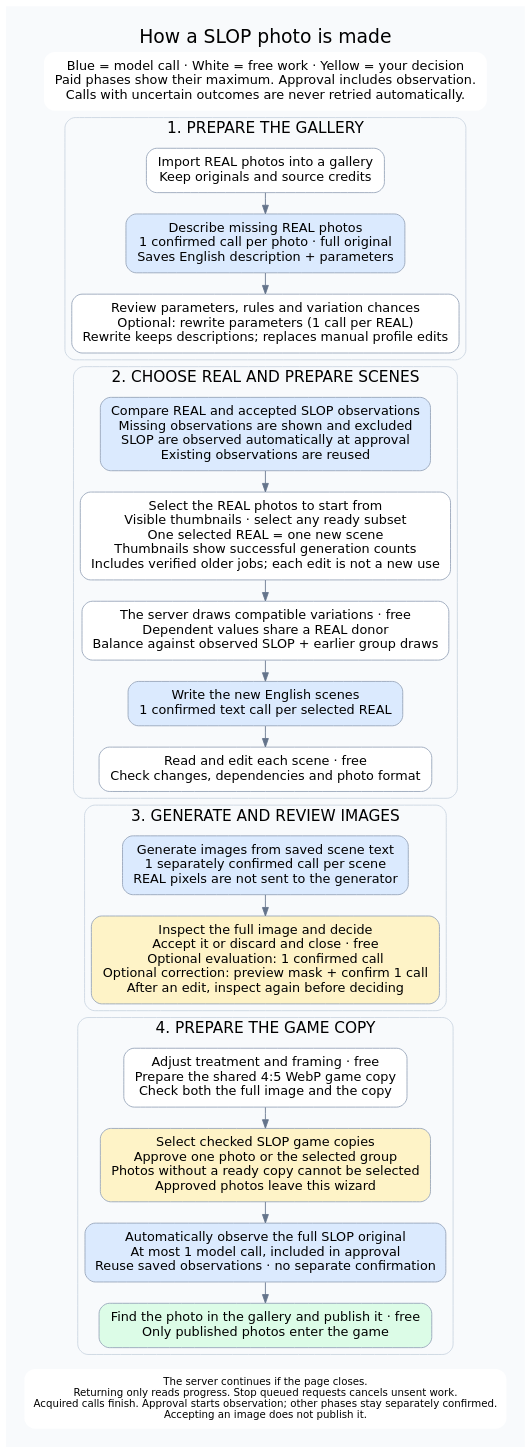
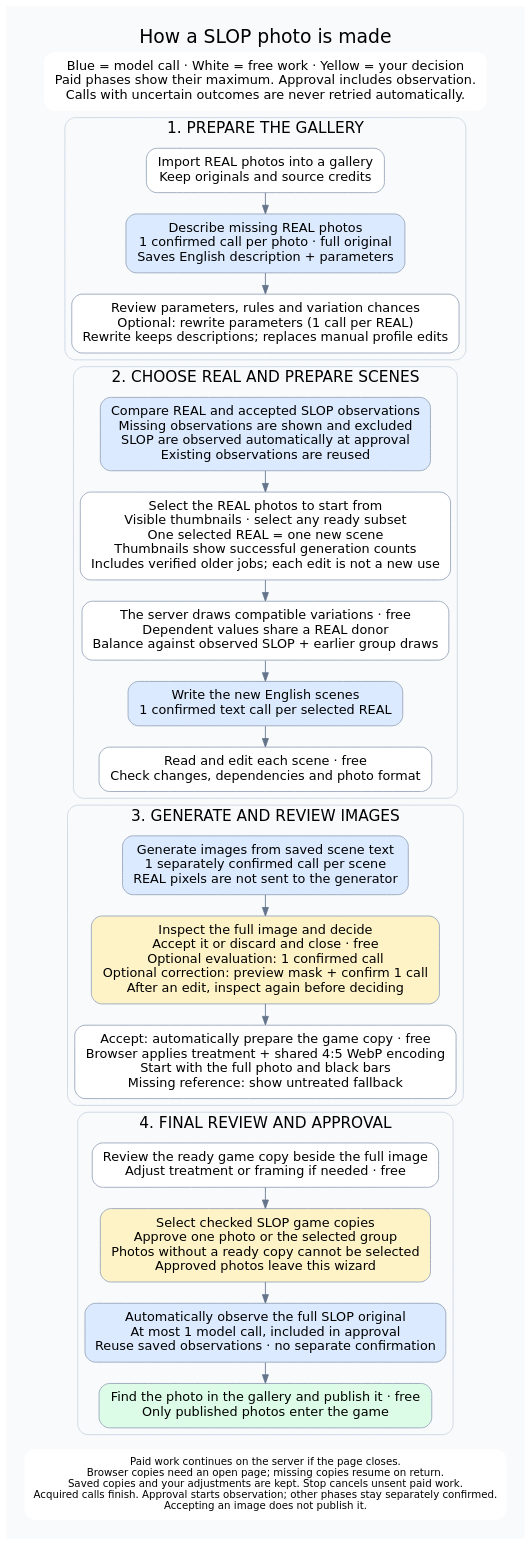
One commit to rickymusu-bit/real-or-slop changed the diagram in docs/assets/pipeline-slop.dot. Above: the diagram before and after it, drawn with Graphviz. The commit also changed 21 other files, not shown here.

Commit message:
Prepare treated game copies when accepting SLOP

```diff
--- a/docs/assets/pipeline-slop.dot
+++ b/docs/assets/pipeline-slop.dot
@@ -1,39 +1,40 @@
 digraph pipeline {
  graph [rankdir=TB,bgcolor="#f8fafc",pad="0.3",nodesep="0.3",ranksep="0.35",fontname="DejaVu Sans",fontsize=22,label="How a SLOP photo is made",labelloc=t,compound=true];
  node [shape=box,style="rounded,filled",fillcolor=white,color="#94a3b8",fontname="DejaVu Sans",fontsize=15,margin="0.18,0.12"];
  edge [color="#64748b",fontname="DejaVu Sans",fontsize=12];
  legend [shape=plaintext,label="Blue = model call · White = free work · Yellow = your decision\nPaid phases show their maximum. Approval includes observation.\nCalls with uncertain outcomes are never retried automatically."];
  subgraph cluster_prepare {
   label="1. PREPARE THE GALLERY"; color="#cbd5e1"; style=rounded; fontsize=18;
   real [label="Import REAL photos into a gallery\nKeep originals and source credits"];
   describe [label="Describe missing REAL photos\n1 confirmed call per photo · full original\nSaves English description + parameters",fillcolor="#dbeafe"];
   settings [label="Review parameters, rules and variation chances\nOptional: rewrite parameters (1 call per REAL)\nRewrite keeps descriptions; replaces manual profile edits"];
   real -> describe -> settings;
  }
  subgraph cluster_choose {
   label="2. CHOOSE REAL AND PREPARE SCENES";color="#cbd5e1";style=rounded;fontsize=18;
   choose [label="Select the REAL photos to start from\nVisible thumbnails · select any ready subset\nOne selected REAL = one new scene\nThumbnails show successful generation counts\nIncludes verified older jobs; each edit is not a new use"];
   coverage [label="Compare REAL and accepted SLOP observations\nMissing observations are shown and excluded\nSLOP are observed automatically at approval\nExisting observations are reused",fillcolor="#dbeafe"];
   draw [label="The server draws compatible variations · free\nDependent values share a REAL donor\nBalance against observed SLOP + earlier group draws"];
   scene [label="Write the new English scenes\n1 confirmed text call per selected REAL",fillcolor="#dbeafe"];
   review [label="Read and edit each scene · free\nCheck changes, dependencies and photo format"];
   coverage -> choose -> draw -> scene -> review;
  }
  subgraph cluster_images {
   label="3. GENERATE AND REVIEW IMAGES";color="#cbd5e1";style=rounded;fontsize=18;
   generate [label="Generate images from saved scene text\n1 separately confirmed call per scene\nREAL pixels are not sent to the generator",fillcolor="#dbeafe"];
   inspect [label="Inspect the full image and decide\nAccept it or discard and close · free\nOptional evaluation: 1 confirmed call\nOptional correction: preview mask + confirm 1 call\nAfter an edit, inspect again before deciding",fillcolor="#fef3c7"];
-  generate -> inspect;
+  copy [label="Accept: automatically prepare the game copy · free\nBrowser applies treatment + shared 4:5 WebP encoding\nStart with the full photo and black bars\nMissing reference: show untreated fallback"] ;
+  generate -> inspect -> copy;
 
  }
  subgraph cluster_finish {
-  label="4. PREPARE THE GAME COPY";color="#cbd5e1";style=rounded;fontsize=18;
-  copy [label="Adjust treatment and framing · free\nPrepare the shared 4:5 WebP game copy\nCheck both the full image and the copy"];
+  label="4. FINAL REVIEW AND APPROVAL";color="#cbd5e1";style=rounded;fontsize=18;
+  final_review [label="Review the ready game copy beside the full image\nAdjust treatment or framing if needed · free"];
   approve [label="Select checked SLOP game copies\nApprove one photo or the selected group\nPhotos without a ready copy cannot be selected\nApproved photos leave this wizard",fillcolor="#fef3c7"];
   observe [label="Automatically observe the full SLOP original\nAt most 1 model call, included in approval\nReuse saved observations · no separate confirmation",fillcolor="#dbeafe"];
   publish [label="Find the photo in the gallery and publish it · free\nOnly published photos enter the game",fillcolor="#dcfce7"];
-  copy -> approve -> observe -> publish;
+  final_review -> approve -> observe -> publish;
  }
- notes [shape=plaintext,fontsize=12,label="The server continues if the page closes.\nReturning only reads progress. Stop queued requests cancels unsent work.\nAcquired calls finish. Approval starts observation; other phases stay separately confirmed.\nAccepting an image does not publish it."];
- legend -> real [style=invis];settings -> coverage [style=invis];review -> generate [style=invis];inspect -> copy [style=invis];publish -> notes [style=invis];
+ notes [shape=plaintext,fontsize=12,label="Paid work continues on the server if the page closes.\nBrowser copies need an open page; missing copies resume on return.\nSaved copies and your adjustments are kept. Stop cancels unsent paid work.\nAcquired calls finish. Approval starts observation; other phases stay separately confirmed.\nAccepting an image does not publish it."];
+ legend -> real [style=invis];settings -> coverage [style=invis];review -> generate [style=invis];copy -> final_review [style=invis];publish -> notes [style=invis];
 }
```
